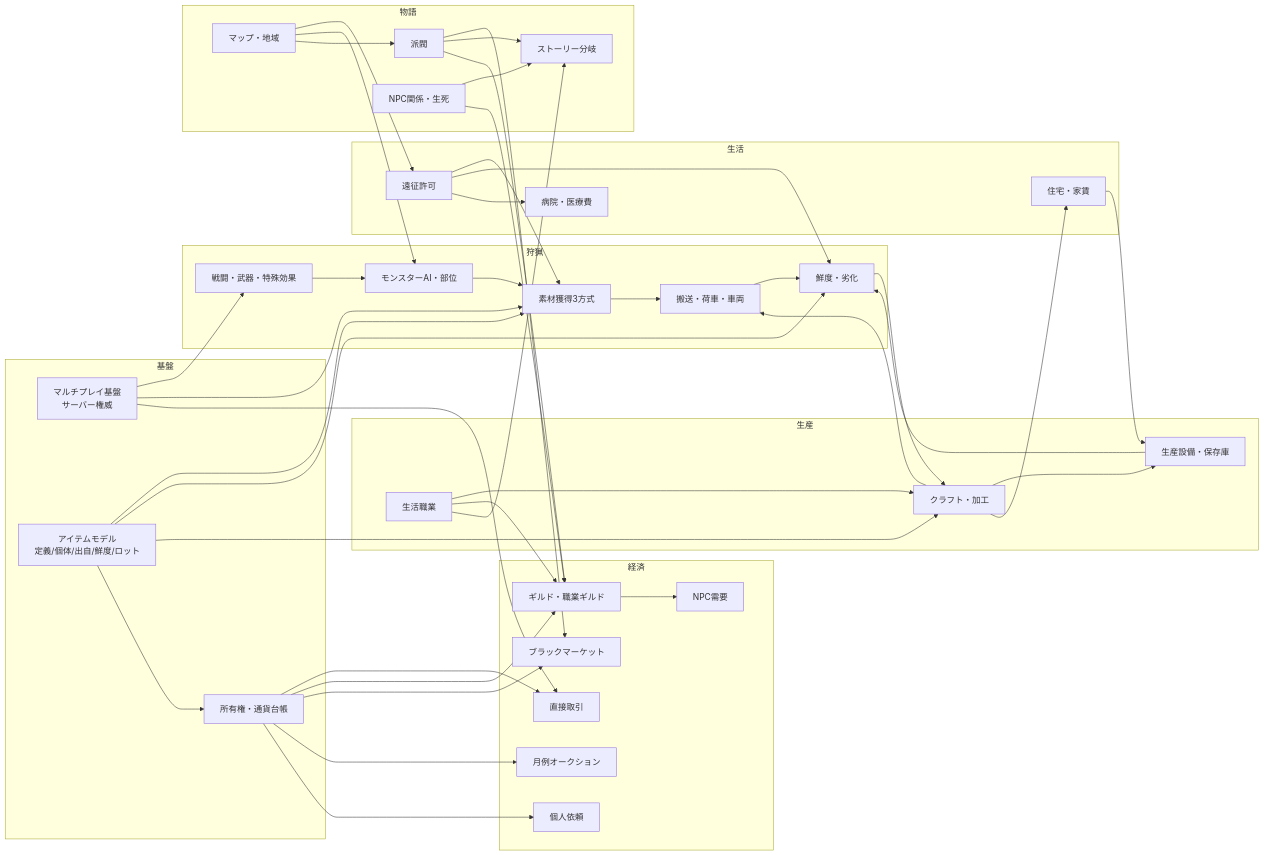
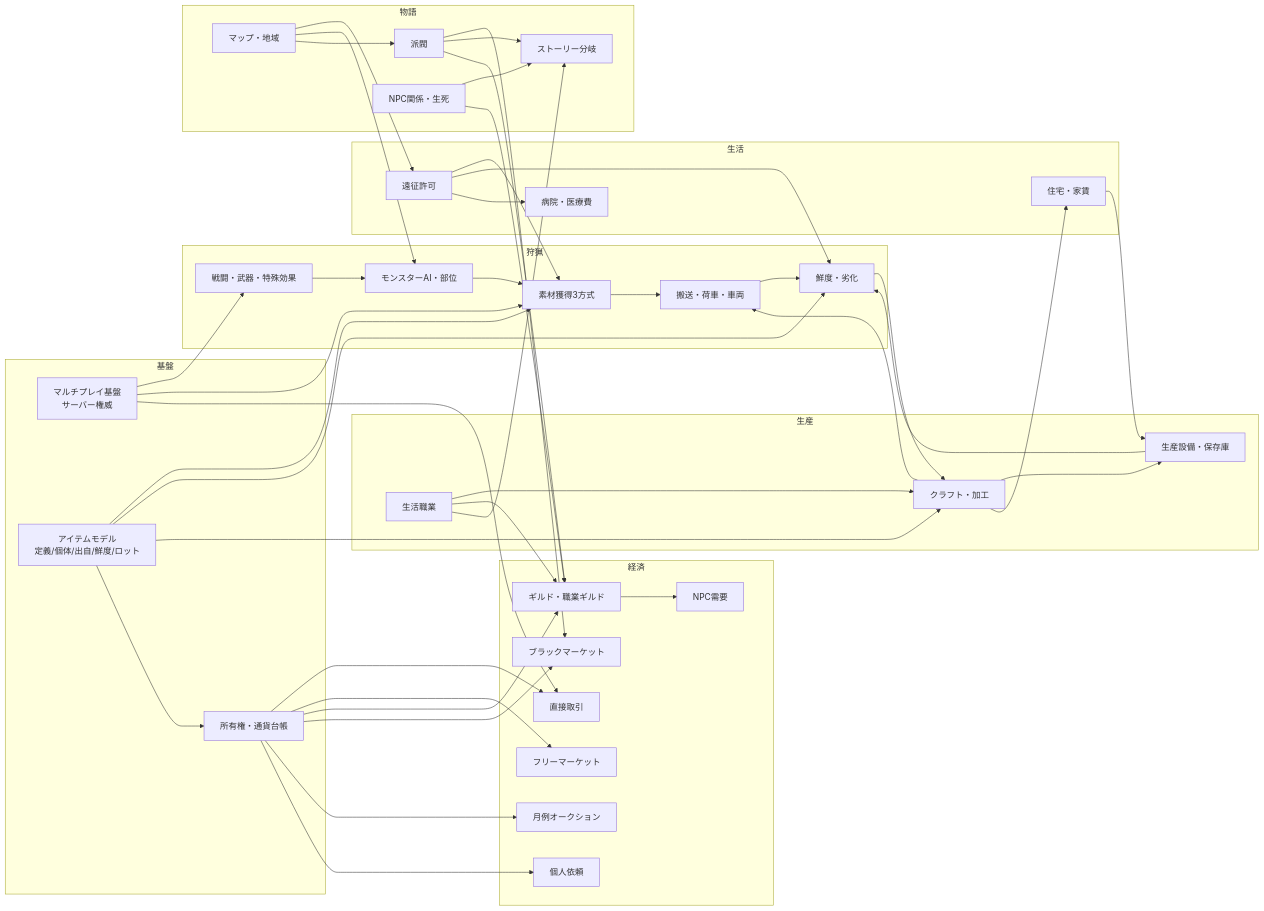
Before and after one commit to 7zkv7bps5y-cell/game: the second of 3 diagrams in docs/06-system-dependencies.md, drawn with Mermaid. The commit also changed other lines of this file and 5 other files, not shown here.

````diff
--- a/docs/06-system-dependencies.md
+++ b/docs/06-system-dependencies.md
@@ -57,56 +57,57 @@
 ```mermaid
 flowchart LR
     subgraph 基盤
         MP[マルチプレイ基盤<br/>サーバー権威]
         Ledger[所有権・通貨台帳]
         ItemModel[アイテムモデル<br/>定義/個体/出自/鮮度/ロット]
     end
     subgraph 狩猟
         Combat[戦闘・武器・特殊効果]
         AI[モンスターAI・部位]
         Loot[素材獲得3方式]
         Transport[搬送・荷車・車両]
         Fresh[鮮度・劣化]
     end
     subgraph 生産
         Craft[クラフト・加工]
         Jobs[生活職業]
         Facility[生産設備・保存庫]
     end
     subgraph 生活
         Permit[遠征許可]
         Housing[住宅・家賃]
         Hospital[病院・医療費]
     end
     subgraph 経済
         Guild[ギルド・職業ギルド]
         Trade[直接取引]
+        Flea[フリーマーケット]
         BM[ブラックマーケット]
         Auction[月例オークション]
         Request[個人依頼]
         NPCEco[NPC需要]
     end
     subgraph 物語
         Story[ストーリー分岐]
         Faction[派閥]
         NPC[NPC関係・生死]
         Map[マップ・地域]
     end
 
     MP --> Combat & Loot & Trade
     ItemModel --> Loot & Fresh & Craft & Ledger
-    Ledger --> Trade & Guild & BM & Auction & Request
+    Ledger --> Trade & Flea & Guild & BM & Auction & Request
     Combat --> AI --> Loot
     Loot --> Transport --> Fresh
     Fresh --> Craft
     Facility --> Fresh
     Jobs --> Craft & Guild
     Craft --> Transport & Facility & Housing
     Housing --> Facility
     Permit --> Loot & Fresh & Hospital
     Guild --> NPCEco
     Faction --> BM & Story & Guild
     NPC --> Story & Guild
     Map --> Permit & AI & Faction
     Jobs --> Story
 ```
````
